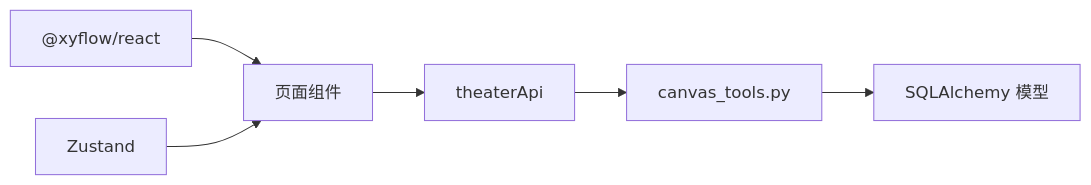
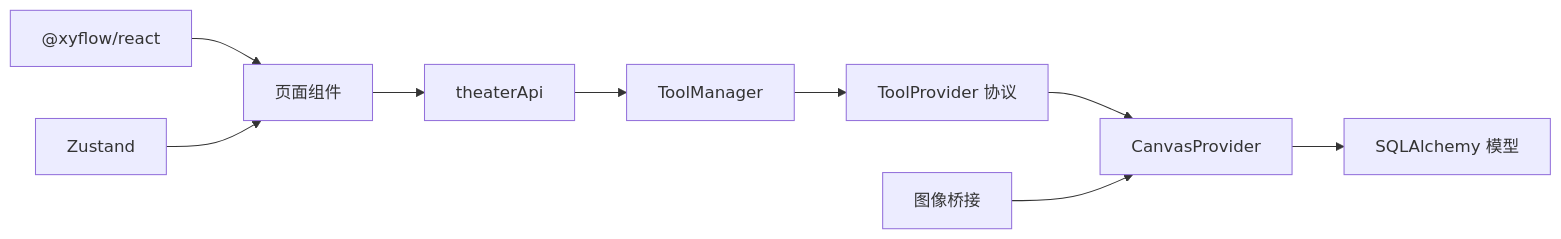
Before and after one commit to KunLabAI/KunFlix: the ninth of 9 diagrams in .qoder/repowiki/zh/content/后端服务架构/业务服务层/智能体执行服务/画布工具集成.md, drawn with Mermaid. The commit also changed other lines of this file and 15 other files, not shown here.

First line of the commit message:
feat(tool-manager): 重构技能工具系统引入统一工具管理器架构

````diff
--- a/.qoder/repowiki/zh/content/后端服务架构/业务服务层/智能体执行服务/画布工具集成.md
+++ b/.qoder/repowiki/zh/content/后端服务架构/业务服务层/智能体执行服务/画布工具集成.md
@@ -306,8 +415,11 @@
 ```mermaid
 graph LR
 RF["@xyflow/react"] --> Page["页面组件"]
 Store["Zustand"] --> Page
 Page --> API["theaterApi"]
-API --> Tools["canvas_tools.py"]
-Tools --> DB["SQLAlchemy 模型"]
+API --> TM["ToolManager"]
+TM --> TP["ToolProvider 协议"]
+TP --> CP["CanvasProvider"]
+CP --> DB["SQLAlchemy 模型"]
+ICB["图像桥接"] --> CP
 ```
````
